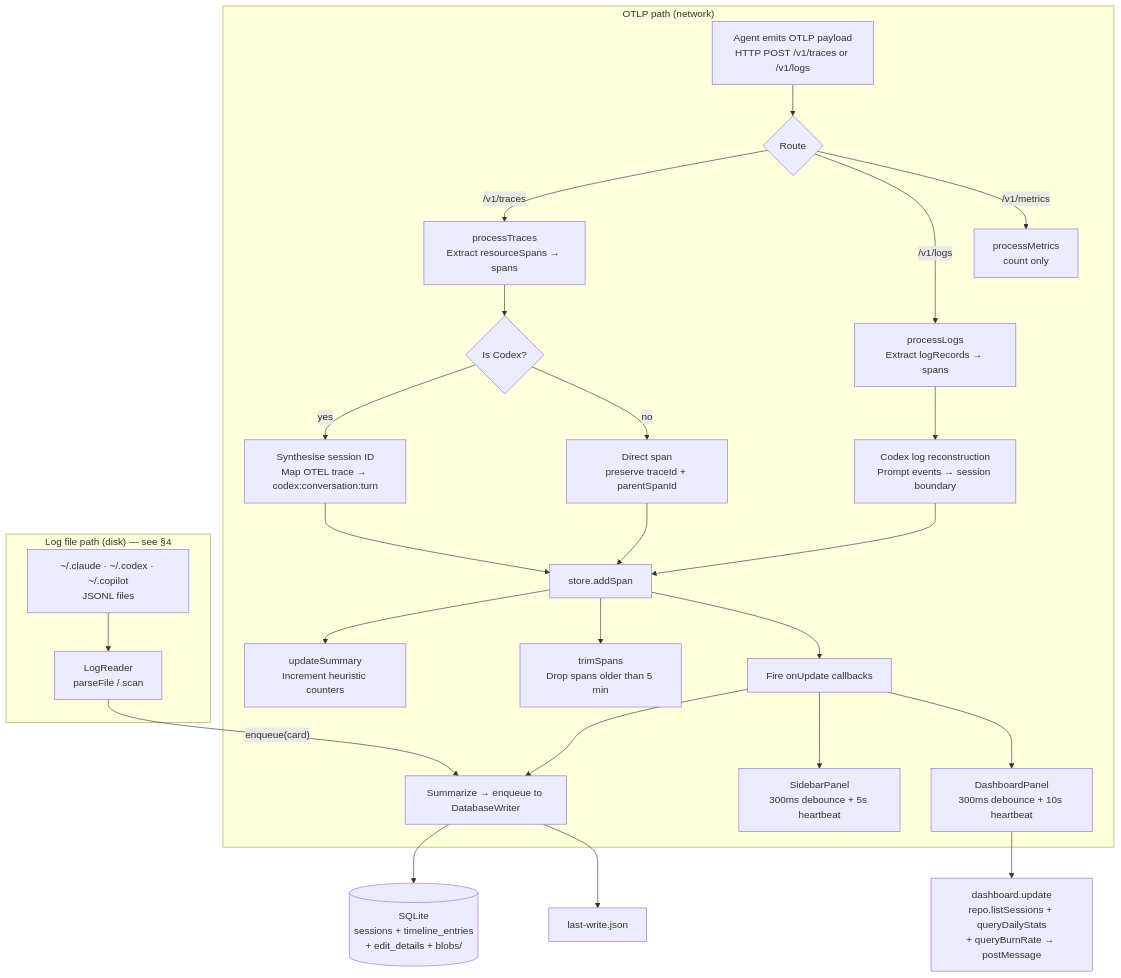
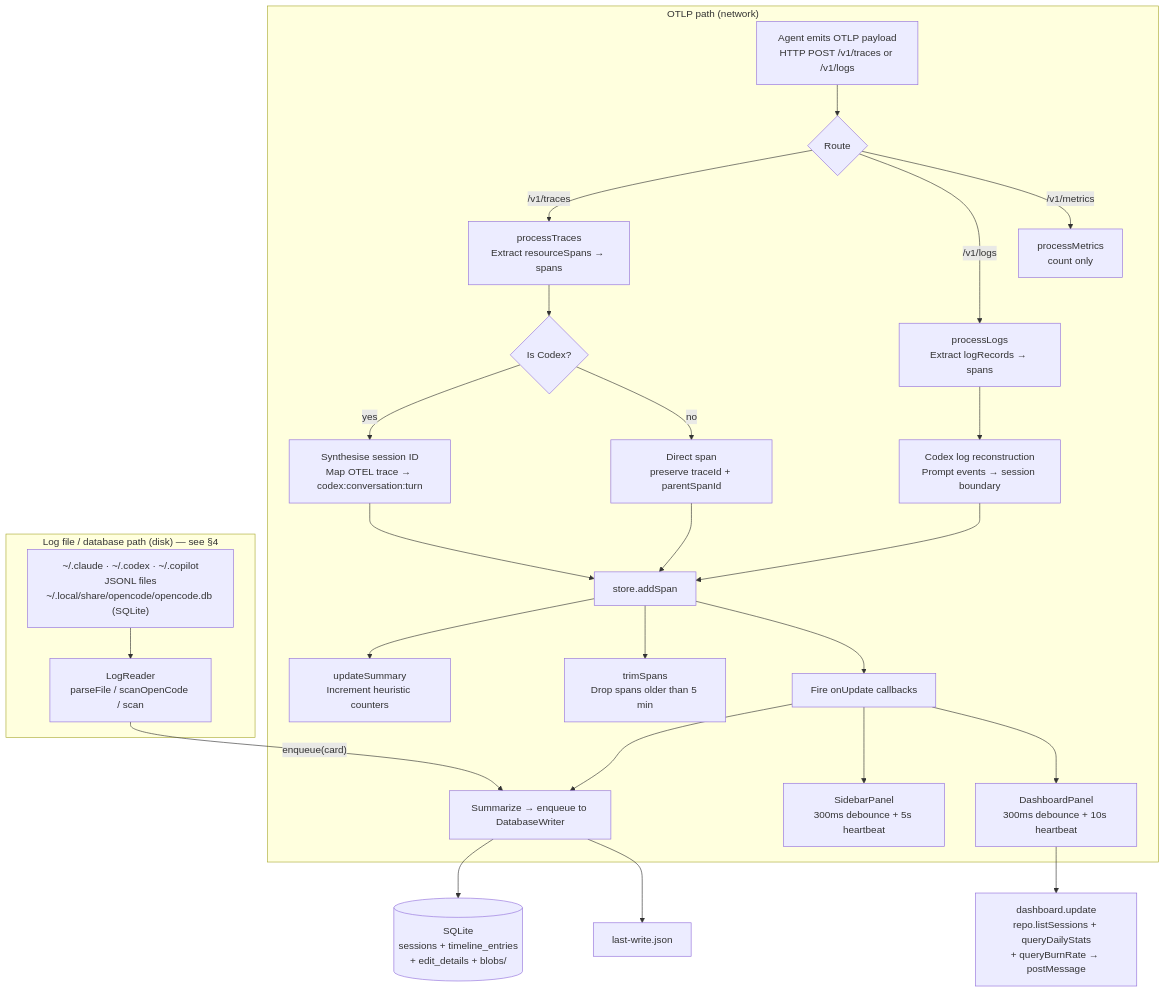
One commit to RogerReed/agentlens changed the third of 19 diagrams in ARCHITECTURE.md. Above: the diagram before and after it, drawn with Mermaid. The commit also changed other lines of this file and 27 other files, not shown here.

First line of the commit message:
feat: add OpenCode session support via SQLite ingestion

````diff
--- a/ARCHITECTURE.md
+++ b/ARCHITECTURE.md
@@ -152,38 +153,38 @@
 ```mermaid
 flowchart TD
     subgraph OTLP["OTLP path (network)"]
         A[Agent emits OTLP payload<br/>HTTP POST /v1/traces or /v1/logs] --> B{Route}
 
         B -- /v1/traces --> T[processTraces<br/>Extract resourceSpans → spans]
         B -- /v1/logs  --> L[processLogs<br/>Extract logRecords → spans]
         B -- /v1/metrics --> M[processMetrics<br/>count only]
 
         T --> NS{Is Codex?}
         NS -- yes --> CS[Synthesise session ID<br/>Map OTEL trace → codex:conversation:turn]
         NS -- no  --> DS[Direct span<br/>preserve traceId + parentSpanId]
 
         L --> LS[Codex log reconstruction<br/>Prompt events → session boundary]
 
         CS --> ADD[store.addSpan]
         DS --> ADD
         LS --> ADD
 
         ADD --> UPD[updateSummary<br/>Increment heuristic counters]
         ADD --> TRIM[trimSpans<br/>Drop spans older than 5 min]
         ADD --> CB[Fire onUpdate callbacks]
 
         CB --> WRITE[Summarize → enqueue to DatabaseWriter]
         CB --> SID_CB[SidebarPanel<br/>300ms debounce + 5s heartbeat]
         CB --> DSH_CB[DashboardPanel<br/>300ms debounce + 10s heartbeat]
     end
 
-    subgraph LOGS["Log file path (disk) — see §4"]
-        LF["~/.claude · ~/.codex · ~/.copilot<br/>JSONL files"] --> LR[LogReader<br/>parseFile / scan]
+    subgraph LOGS["Log file / database path (disk) — see §4"]
+        LF["~/.claude · ~/.codex · ~/.copilot<br/>JSONL files<br/>~/.local/share/opencode/opencode.db (SQLite)"] --> LR[LogReader<br/>parseFile / scanOpenCode / scan]
         LR -- "enqueue(card)" --> WRITE
     end
 
     WRITE --> SQLITE[(SQLite<br/>sessions + timeline_entries<br/>+ edit_details + blobs/)]
     WRITE --> SIG[last-write.json]
 
     DSH_CB --> DSH_U[dashboard.update<br/>repo.listSessions + queryDailyStats<br/>+ queryBurnRate → postMessage]
 ```
````
